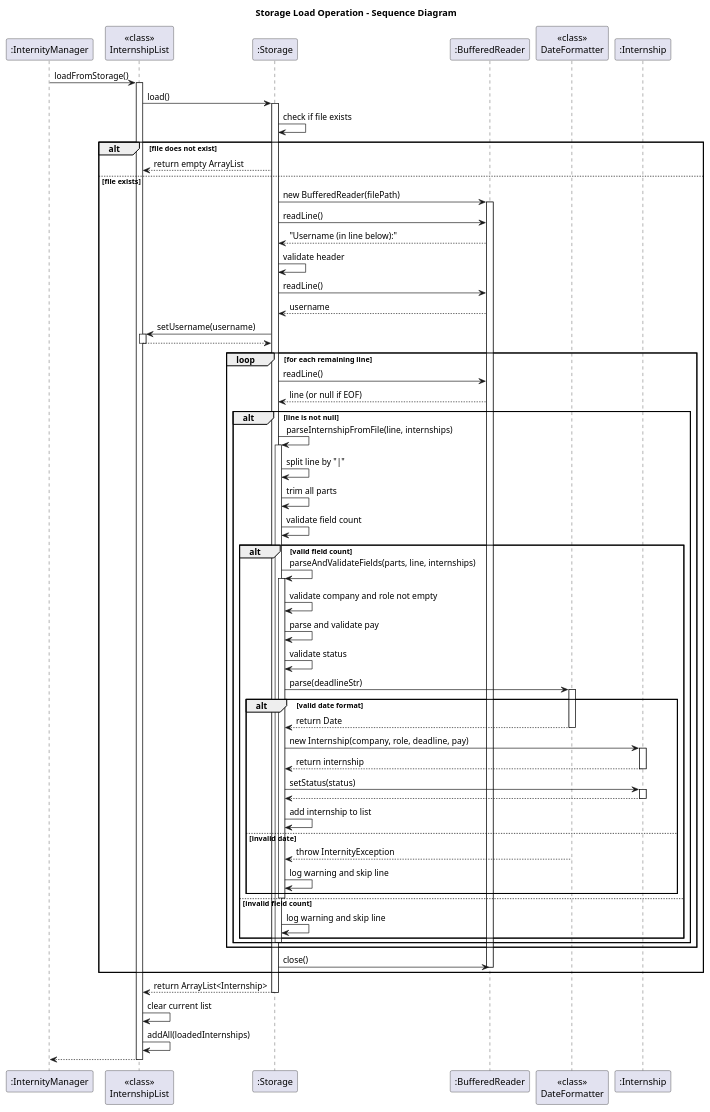
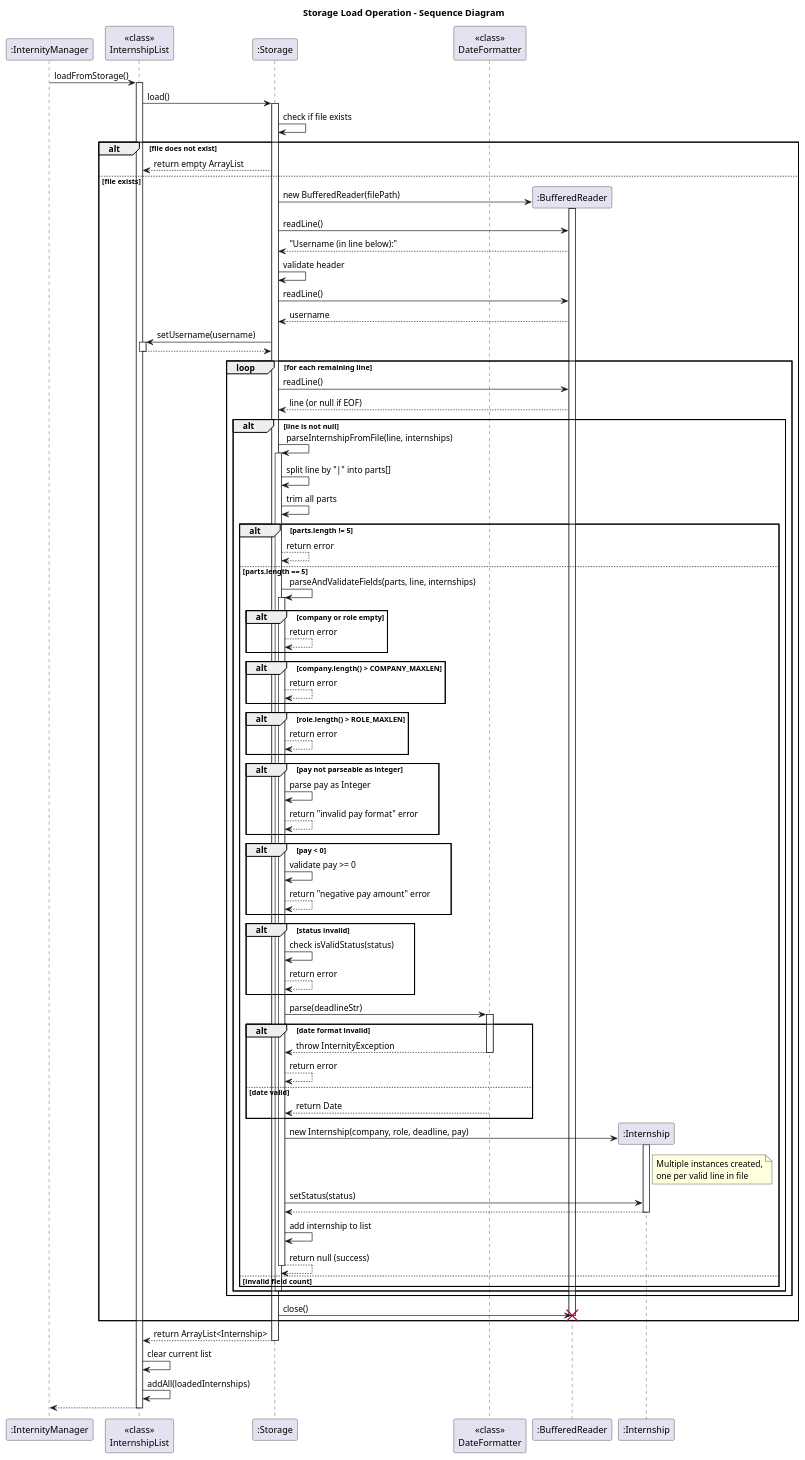
The diagram in docs/diagrams/StorageLoadSD.puml (BenyAlbatross/tp), drawn with PlantUML before and after one commit. The commit also changed 5 other files, not shown here.

Commit message:
Update UML for storage

```diff
--- a/docs/diagrams/StorageLoadSD.puml
+++ b/docs/diagrams/StorageLoadSD.puml
@@ -1,102 +1,125 @@
 @startuml
 title Storage Load Operation - Sequence Diagram
 
 participant ":InternityManager" as IM
 participant "<<class>>\nInternshipList" as IL
 participant ":Storage" as S
-participant ":BufferedReader" as BR
 participant "<<class>>\nDateFormatter" as DF
-participant ":Internship" as Intern
 
 IM -> IL: loadFromStorage()
 activate IL
 
 IL -> S: load()
 activate S
 
 S -> S: check if file exists
 alt file does not exist
     S --> IL: return empty ArrayList
 else file exists
-    S -> BR: new BufferedReader(filePath)
+    create ":BufferedReader" as BR
+    S -> BR**: new BufferedReader(filePath)
     activate BR
 
     S -> BR: readLine()
     BR --> S: "Username (in line below):"
 
     S -> S: validate header
 
     S -> BR: readLine()
     BR --> S: username
 
     S -> IL: setUsername(username)
     activate IL
     IL --> S:
     deactivate IL
 
     loop for each remaining line
         S -> BR: readLine()
         BR --> S: line (or null if EOF)
 
         alt line is not null
             S -> S: parseInternshipFromFile(line, internships)
             activate S
 
-            S -> S: split line by "|"
+            S -> S: split line by "|" into parts[]
             S -> S: trim all parts
-            S -> S: validate field count
 
-            alt valid field count
+            alt parts.length != 5
+                S --> S: return error
+            else parts.length == 5
                 S -> S: parseAndValidateFields(parts, line, internships)
                 activate S
 
-                S -> S: validate company and role not empty
-                S -> S: parse and validate pay
-                S -> S: validate status
+                alt company or role empty
+                    S --> S: return error
+                end
+
+                alt company.length() > COMPANY_MAXLEN
+                    S --> S: return error
+                end
+
+                alt role.length() > ROLE_MAXLEN
+                    S --> S: return error
+                end
+
+                alt pay not parseable as integer
+                    S -> S: parse pay as Integer
+                    S --> S: return "invalid pay format" error
+                end
+
+                alt pay < 0
+                    S -> S: validate pay >= 0
+                    S --> S: return "negative pay amount" error
+                end
+
+                alt status invalid
+                    S -> S: check isValidStatus(status)
+                    S --> S: return error
+                end
 
                 S -> DF: parse(deadlineStr)
                 activate DF
-                alt valid date format
+                alt date format invalid
+                    DF --> S: throw InternityException
+                    deactivate DF
+                    S --> S: return error
+                else date valid
                     DF --> S: return Date
                     deactivate DF
+                end
 
-                    S -> Intern: new Internship(company, role, deadline, pay)
-                    activate Intern
-                    Intern --> S: return internship
-                    deactivate Intern
+                create ":Internship" as Intern
+                S -> Intern**: new Internship(company, role, deadline, pay)
+                activate Intern
+                note right of Intern: Multiple instances created,\none per valid line in file
 
-                    S -> Intern: setStatus(status)
-                    activate Intern
-                    Intern --> S:
-                    deactivate Intern
+                S -> Intern: setStatus(status)
+                Intern --> S:
+                deactivate Intern
 
-                    S -> S: add internship to list
-                else invalid date
-                    DF --> S: throw InternityException
-                    deactivate DF
-                    S -> S: log warning and skip line
-                end
+                S -> S: add internship to list
+                S --> S: return null (success)
 
                 deactivate S
             else invalid field count
-                S -> S: log warning and skip line
             end
 
             deactivate S
         end
     end
 
     S -> BR: close()
     deactivate BR
+    destroy BR
 end
 
 S --> IL: return ArrayList<Internship>
 deactivate S
 
 IL -> IL: clear current list
 IL -> IL: addAll(loadedInternships)
 
 IL --> IM:
 deactivate IL
 
 @enduml
```
